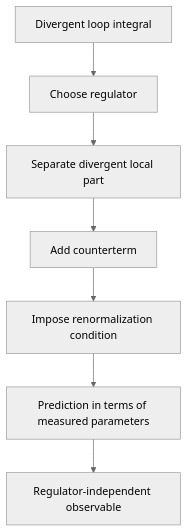
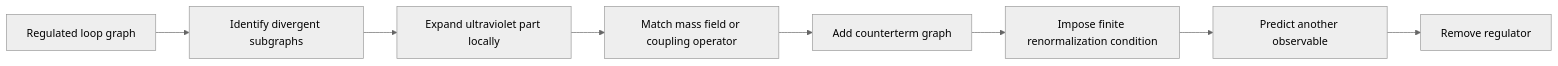
Before and after one commit to justinbrianhwang/SJ-wiki: the diagram in docs/physics/quantum-field-theory/renormalization-and-counterterms.md, drawn with Mermaid (neutral theme). The commit also changed other lines of this file and 166 other files, not shown here.

````diff
--- a/docs/physics/quantum-field-theory/renormalization-and-counterterms.md
+++ b/docs/physics/quantum-field-theory/renormalization-and-counterterms.md
@@ -72,9 +97,10 @@
 ```mermaid
-flowchart TD
-  A[Divergent loop integral] --> B[Choose regulator]
-  B --> C[Separate divergent local part]
-  C --> D[Add counterterm]
-  D --> E[Impose renormalization condition]
-  E --> F[Prediction in terms of measured parameters]
-  F --> G[Regulator-independent observable]
+flowchart LR
+  A["Regulated loop graph"] --> B["Identify divergent subgraphs"]
+  B --> C["Expand ultraviolet part locally"]
+  C --> D["Match mass field or coupling operator"]
+  D --> E["Add counterterm graph"]
+  E --> F["Impose finite renormalization condition"]
+  F --> G["Predict another observable"]
+  G --> H["Remove regulator"]
 ```
````
